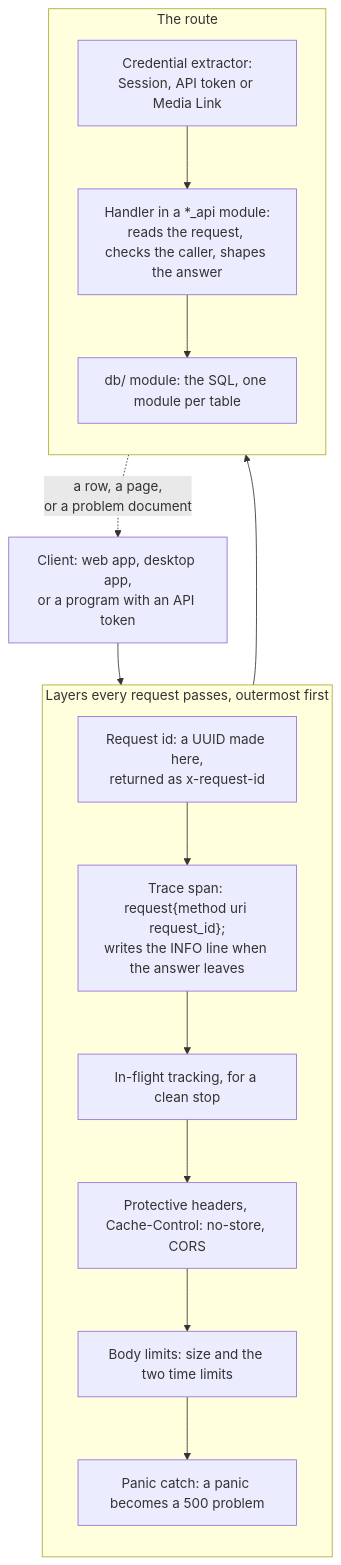
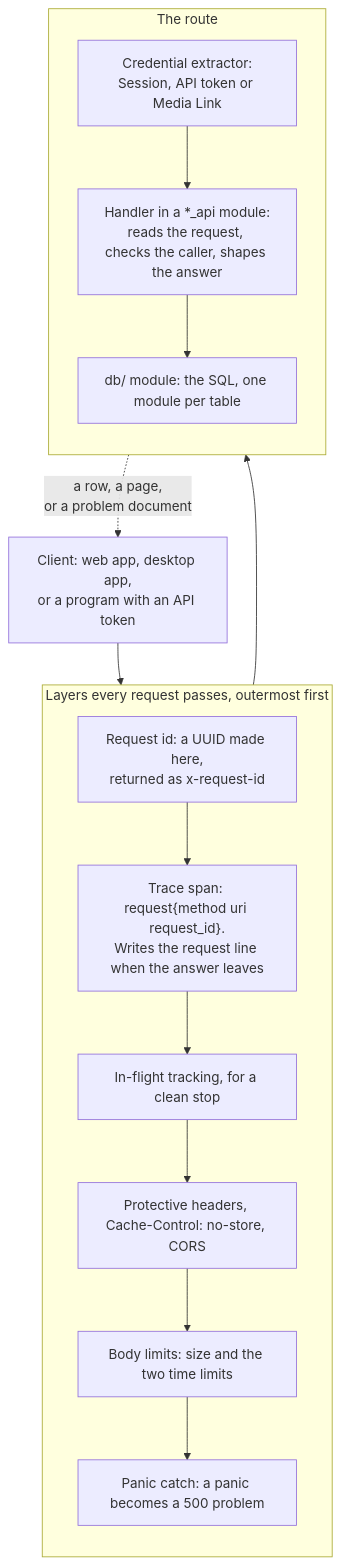
Before and after one commit to messagecrate/message-crate: the first of 2 diagrams in docs/architecture/http-api.md, drawn with Mermaid. The commit also changed other lines of this file and 1 other file, not shown here.

````diff
--- a/docs/architecture/http-api.md
+++ b/docs/architecture/http-api.md
@@ -16,24 +17,24 @@
 ```mermaid
 flowchart TB
     C["Client: web app, desktop app,<br/>or a program with an API token"]
     subgraph layers["Layers every request passes, outermost first"]
         direction TB
         ID["Request id: a UUID made here,<br/>returned as x-request-id"]
-        TR["Trace span: request{method uri request_id};<br/>writes the INFO line when the answer leaves"]
+        TR["Trace span: request{method uri request_id}.<br/>Writes the request line when the answer leaves"]
         IF["In-flight tracking, for a clean stop"]
         HD["Protective headers, Cache-Control: no-store, CORS"]
         BL["Body limits: size and the two time limits"]
         CP["Panic catch: a panic becomes a 500 problem"]
         ID --> TR --> IF --> HD --> BL --> CP
     end
     subgraph route["The route"]
         direction TB
         EX["Credential extractor:<br/>Session, API token or Media Link"]
         H["Handler in a *_api module:<br/>reads the request, checks the caller, shapes the answer"]
         DB["db/ module: the SQL, one module per table"]
         EX --> H --> DB
     end
     C --> ID
     CP --> EX
     DB -.->|a row, a page,<br/>or a problem document| C
 ```
````
